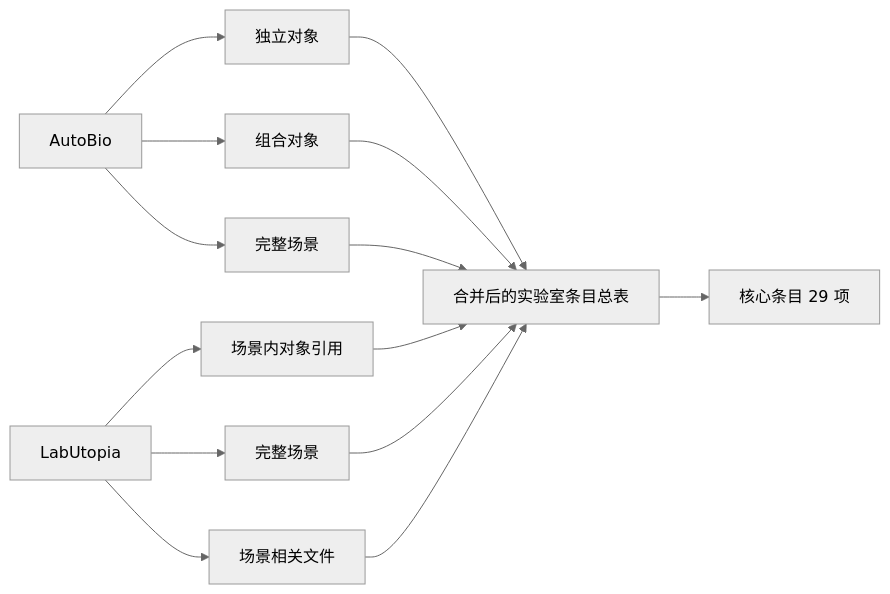
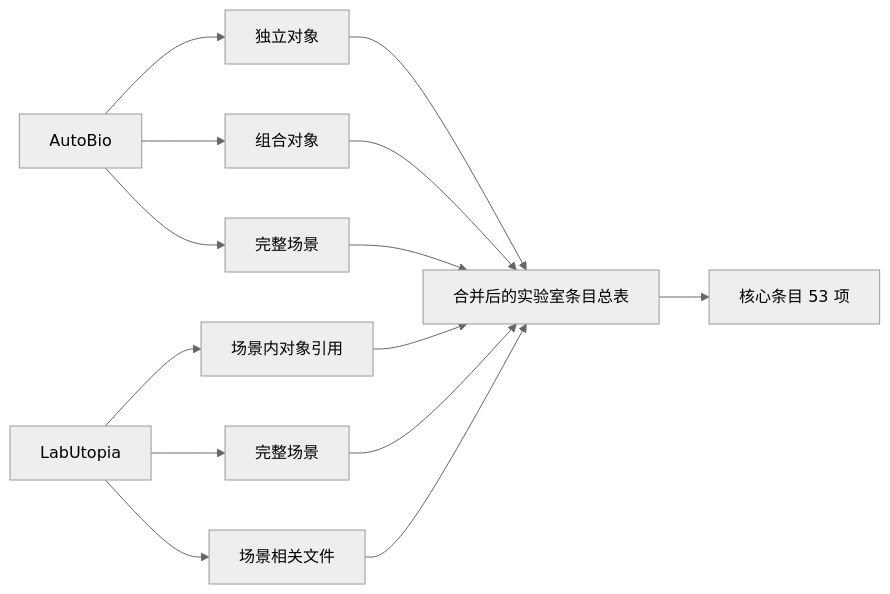
Before and after one commit to black-yt/LabOS: the diagram in data/benchmark_inventory/README.md, drawn with Mermaid (neutral theme). The commit also changed other lines of this file and 28 other files, not shown here.

````diff
--- a/data/benchmark_inventory/README.md
+++ b/data/benchmark_inventory/README.md
@@ -20,16 +20,16 @@
 ```mermaid
 flowchart LR
     A[AutoBio] --> A1[独立对象]
     A --> A2[组合对象]
     A --> A3[完整场景]
     B[LabUtopia] --> B1[场景内对象引用]
     B --> B2[完整场景]
     B --> B3[场景相关文件]
     A1 --> C[合并后的实验室条目总表]
     A2 --> C
     A3 --> C
     B1 --> C
     B2 --> C
     B3 --> C
-    C --> D[核心条目 29 项]
+    C --> D[核心条目 53 项]
 ```
````
